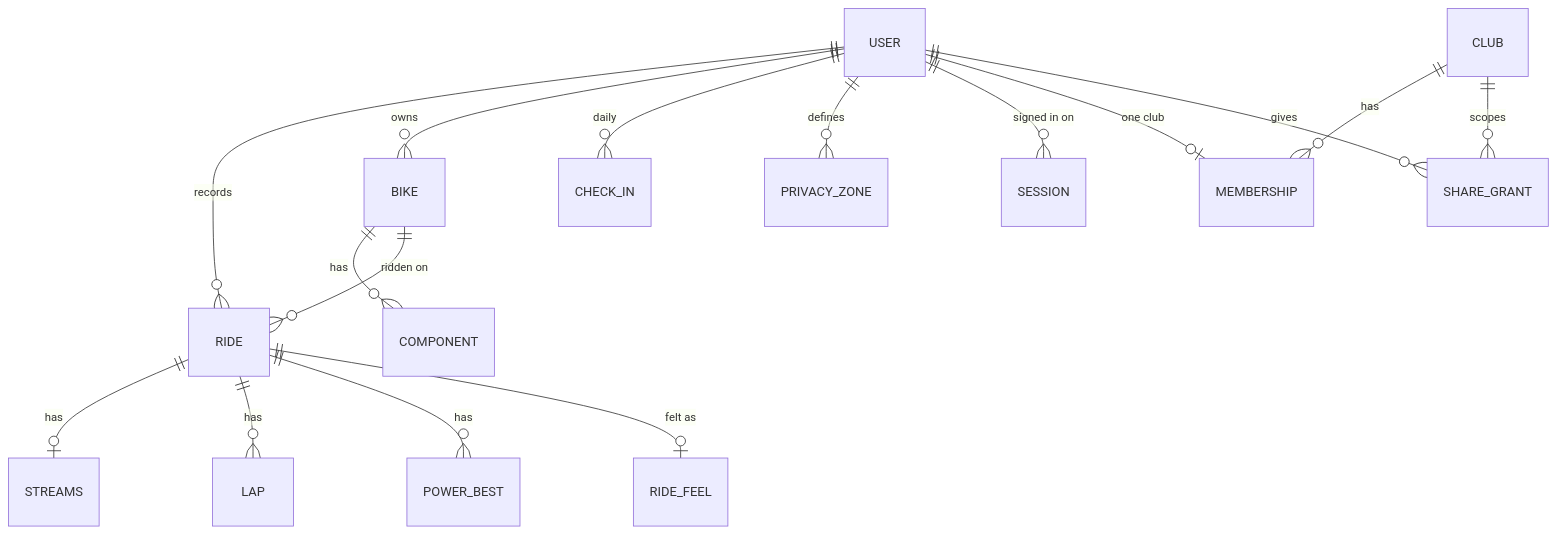
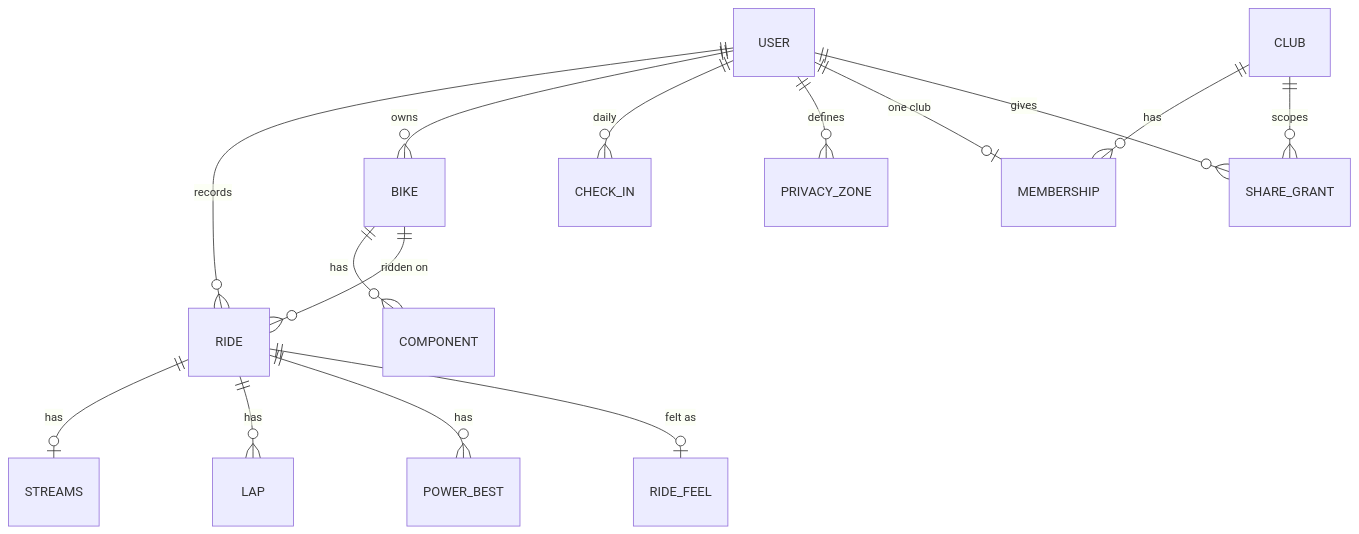
Before and after one commit to zenkraker/Velomine: the third of 3 diagrams in docs/architecture.md, drawn with Mermaid. The commit also changed other lines of this file and 74 other files, not shown here.

````diff
--- a/docs/architecture.md
+++ b/docs/architecture.md
@@ -110,18 +110,17 @@
 ```mermaid
 erDiagram
   USER ||--o{ RIDE : records
   USER ||--o{ BIKE : owns
   BIKE ||--o{ COMPONENT : has
   BIKE ||--o{ RIDE : "ridden on"
   RIDE ||--o| STREAMS : has
   RIDE ||--o{ LAP : has
   RIDE ||--o{ POWER_BEST : has
   RIDE ||--o| RIDE_FEEL : "felt as"
   USER ||--o{ CHECK_IN : daily
   USER ||--o{ PRIVACY_ZONE : defines
-  USER ||--o{ SESSION : "signed in on"
   CLUB ||--o{ MEMBERSHIP : has
   USER ||--o| MEMBERSHIP : "one club"
   CLUB ||--o{ SHARE_GRANT : scopes
   USER ||--o{ SHARE_GRANT : gives
 ```
````
